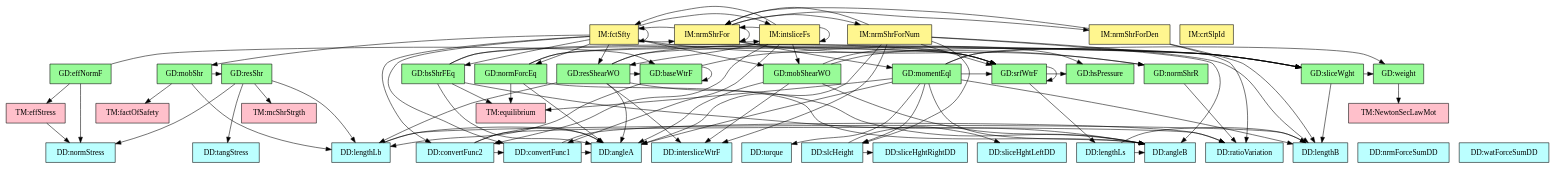
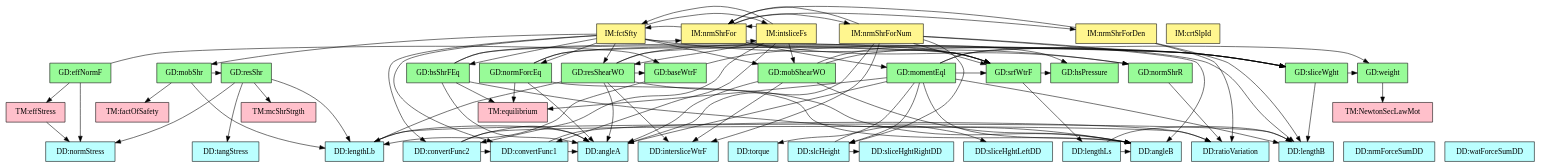
Before and after one commit to JacquesCarette/Drasil: the diagram in code/stable/ssp/TraceyGraph/refvsref.dot, drawn with Graphviz. The commit also changed 29 other files, not shown here.

```diff
--- a/code/stable/ssp/TraceyGraph/refvsref.dot
+++ b/code/stable/ssp/TraceyGraph/refvsref.dot
@@ -1,158 +1,153 @@
 digraph "refvsref" {
     "dataDefn:l_b,i" -> "dataDefn:alpha_i";
     "dataDefn:l_b,i" -> "dataDefn:b_i";
     "dataDefn:l_s,i" -> "dataDefn:beta_i";
     "dataDefn:l_s,i" -> "dataDefn:b_i";
     "dataDefn:h_i" -> "dataDefn:h^R";
     "dataDefn:h_i" -> "dataDefn:h^L";
     "dataDefn:Phi" -> "dataDefn:alpha_i";
     "dataDefn:Phi" -> "dataDefn:f_i";
     "dataDefn:Psi" -> "dataDefn:alpha_i";
     "dataDefn:Psi" -> "dataDefn:f_i";
     "dataDefn:Psi" -> "dataDefn:Phi";
     "theory:effectiveStressTM" -> "dataDefn:sigma";
     "theory:normForcEq" -> "dataDefn:alpha_i";
     "theory:normForcEq" -> "dataDefn:beta_i";
     "theory:normForcEq" -> "theory:equilibriumCS";
     "theory:normForcEq" -> "theory:sliceWght";
     "theory:normForcEq" -> "theory:srfWtrF";
     "theory:bsShrFEq" -> "dataDefn:alpha_i";
     "theory:bsShrFEq" -> "dataDefn:beta_i";
     "theory:bsShrFEq" -> "theory:equilibriumCS";
     "theory:bsShrFEq" -> "theory:sliceWght";
     "theory:bsShrFEq" -> "theory:srfWtrF";
     "theory:resShr" -> "dataDefn:l_b,i";
     "theory:resShr" -> "dataDefn:sigma";
     "theory:resShr" -> "dataDefn:tau";
     "theory:resShr" -> "theory:mcShrSrgth";
     "theory:mobShr" -> "dataDefn:l_b,i";
     "theory:mobShr" -> "theory:factOfSafetyTM";
     "theory:mobShr" -> "theory:resShr";
     "theory:effNormF" -> "dataDefn:sigma";
     "theory:effNormF" -> "theory:effectiveStressTM";
     "theory:effNormF" -> "theory:baseWtrF";
     "theory:resShearWO" -> "dataDefn:H_i";
     "theory:resShearWO" -> "dataDefn:alpha_i";
     "theory:resShearWO" -> "dataDefn:beta_i";
     "theory:resShearWO" -> "dataDefn:l_b,i";
     "theory:resShearWO" -> "theory:sliceWght";
     "theory:resShearWO" -> "theory:baseWtrF";
     "theory:resShearWO" -> "theory:srfWtrF";
     "theory:mobShearWO" -> "dataDefn:H_i";
     "theory:mobShearWO" -> "dataDefn:alpha_i";
     "theory:mobShearWO" -> "dataDefn:beta_i";
     "theory:mobShearWO" -> "theory:sliceWght";
     "theory:mobShearWO" -> "theory:srfWtrF";
     "theory:X_i" -> "dataDefn:f_i";
     "theory:momentEql" -> "dataDefn:alpha_i";
     "theory:momentEql" -> "dataDefn:beta_i";
     "theory:momentEql" -> "dataDefn:b_i";
     "theory:momentEql" -> "dataDefn:h_i";
     "theory:momentEql" -> "dataDefn:torque";
     "theory:momentEql" -> "theory:equilibriumCS";
     "theory:momentEql" -> "theory:weight";
     "theory:momentEql" -> "theory:sliceWght";
     "theory:momentEql" -> "theory:srfWtrF";
     "theory:weight" -> "theory:newtonSL";
     "theory:sliceWght" -> "dataDefn:b_i";
     "theory:sliceWght" -> "theory:weight";
     "theory:baseWtrF" -> "dataDefn:l_b,i";
     "theory:baseWtrF" -> "theory:pressure";
-    "theory:baseWtrF" -> "theory:baseWtrF";
     "theory:srfWtrF" -> "dataDefn:l_s,i";
     "theory:srfWtrF" -> "theory:pressure";
-    "theory:srfWtrF" -> "theory:srfWtrF";
     "theory:FS" -> "dataDefn:Phi";
     "theory:FS" -> "dataDefn:Psi";
     "theory:FS" -> "theory:normForcEq";
     "theory:FS" -> "theory:bsShrFEq";
     "theory:FS" -> "theory:mobShr";
     "theory:FS" -> "theory:resShearWO";
     "theory:FS" -> "theory:mobShearWO";
     "theory:FS" -> "theory:X_i";
-    "theory:FS" -> "theory:FS";
     "theory:FS" -> "theory:nrmShrForIM";
     "theory:FS" -> "theory:intsliceFsRC";
     "theory:nrmShrForIM" -> "theory:X_i";
     "theory:nrmShrForIM" -> "theory:momentEql";
     "theory:nrmShrForIM" -> "theory:FS";
-    "theory:nrmShrForIM" -> "theory:nrmShrForIM";
     "theory:nrmShrForIM" -> "theory:nrmShrForNumRC";
     "theory:nrmShrForIM" -> "theory:nrmShrForDenRC";
     "theory:nrmShrForIM" -> "theory:intsliceFsRC";
     "theory:nrmShrForNumRC" -> "dataDefn:H_i";
     "theory:nrmShrForNumRC" -> "dataDefn:alpha_i";
     "theory:nrmShrForNumRC" -> "dataDefn:beta_i";
     "theory:nrmShrForNumRC" -> "dataDefn:b_i";
     "theory:nrmShrForNumRC" -> "dataDefn:h_i";
     "theory:nrmShrForNumRC" -> "theory:srfWtrF";
     "theory:nrmShrForNumRC" -> "theory:nrmShrForIM";
     "theory:nrmShrForDenRC" -> "dataDefn:b_i";
     "theory:nrmShrForDenRC" -> "dataDefn:f_i";
     "theory:nrmShrForDenRC" -> "theory:nrmShrForIM";
     "theory:intsliceFsRC" -> "dataDefn:Phi";
     "theory:intsliceFsRC" -> "dataDefn:Psi";
     "theory:intsliceFsRC" -> "theory:resShearWO";
     "theory:intsliceFsRC" -> "theory:mobShearWO";
     "theory:intsliceFsRC" -> "theory:FS";
     "theory:intsliceFsRC" -> "theory:nrmShrForIM";
-    "theory:intsliceFsRC" -> "theory:intsliceFsRC";
     "dataDefn:H_i" [shape=box, color=black, style=filled, fillcolor="paleturquoise1", label="DD:intersliceWtrF"];
     "dataDefn:alpha_i" [shape=box, color=black, style=filled, fillcolor="paleturquoise1", label="DD:angleA"];
     "dataDefn:beta_i" [shape=box, color=black, style=filled, fillcolor="paleturquoise1", label="DD:angleB"];
     "dataDefn:b_i" [shape=box, color=black, style=filled, fillcolor="paleturquoise1", label="DD:lengthB"];
     "dataDefn:l_b,i" [shape=box, color=black, style=filled, fillcolor="paleturquoise1", label="DD:lengthLb"];
     "dataDefn:l_s,i" [shape=box, color=black, style=filled, fillcolor="paleturquoise1", label="DD:lengthLs"];
     "dataDefn:h_i" [shape=box, color=black, style=filled, fillcolor="paleturquoise1", label="DD:slcHeight"];
     "dataDefn:sigma" [shape=box, color=black, style=filled, fillcolor="paleturquoise1", label="DD:normStress"];
     "dataDefn:tau" [shape=box, color=black, style=filled, fillcolor="paleturquoise1", label="DD:tangStress"];
     "dataDefn:torque" [shape=box, color=black, style=filled, fillcolor="paleturquoise1", label="DD:torque"];
     "dataDefn:f_i" [shape=box, color=black, style=filled, fillcolor="paleturquoise1", label="DD:ratioVariation"];
     "dataDefn:Phi" [shape=box, color=black, style=filled, fillcolor="paleturquoise1", label="DD:convertFunc1"];
     "dataDefn:Psi" [shape=box, color=black, style=filled, fillcolor="paleturquoise1", label="DD:convertFunc2"];
     "dataDefn:F_x^G" [shape=box, color=black, style=filled, fillcolor="paleturquoise1", label="DD:nrmForceSumDD"];
     "dataDefn:F_x^H" [shape=box, color=black, style=filled, fillcolor="paleturquoise1", label="DD:watForceSumDD"];
     "dataDefn:h^R" [shape=box, color=black, style=filled, fillcolor="paleturquoise1", label="DD:sliceHghtRightDD"];
     "dataDefn:h^L" [shape=box, color=black, style=filled, fillcolor="paleturquoise1", label="DD:sliceHghtLeftDD"];
     subgraph "DD" {
         rank="same";
         "dataDefn:H_i" "dataDefn:alpha_i" "dataDefn:beta_i" "dataDefn:b_i" "dataDefn:l_b,i" "dataDefn:l_s,i" "dataDefn:h_i" "dataDefn:sigma" "dataDefn:tau" "dataDefn:torque" "dataDefn:f_i" "dataDefn:Phi" "dataDefn:Psi" "dataDefn:F_x^G" "dataDefn:F_x^H" "dataDefn:h^R" "dataDefn:h^L";
     }
     "theory:factOfSafetyTM" [shape=box, color=black, style=filled, fillcolor="pink", label="TM:factOfSafety"];
     "theory:equilibriumCS" [shape=box, color=black, style=filled, fillcolor="pink", label="TM:equilibrium"];
     "theory:mcShrSrgth" [shape=box, color=black, style=filled, fillcolor="pink", label="TM:mcShrStrgth"];
     "theory:effectiveStressTM" [shape=box, color=black, style=filled, fillcolor="pink", label="TM:effStress"];
     "theory:newtonSL" [shape=box, color=black, style=filled, fillcolor="pink", label="TM:NewtonSecLawMot"];
     subgraph "TM" {
         rank="same";
         "theory:factOfSafetyTM" "theory:equilibriumCS" "theory:mcShrSrgth" "theory:effectiveStressTM" "theory:newtonSL";
     }
     "theory:normForcEq" [shape=box, color=black, style=filled, fillcolor="palegreen", label="GD:normForcEq"];
     "theory:bsShrFEq" [shape=box, color=black, style=filled, fillcolor="palegreen", label="GD:bsShrFEq"];
     "theory:resShr" [shape=box, color=black, style=filled, fillcolor="palegreen", label="GD:resShr"];
     "theory:mobShr" [shape=box, color=black, style=filled, fillcolor="palegreen", label="GD:mobShr"];
     "theory:effNormF" [shape=box, color=black, style=filled, fillcolor="palegreen", label="GD:effNormF"];
     "theory:resShearWO" [shape=box, color=black, style=filled, fillcolor="palegreen", label="GD:resShearWO"];
     "theory:mobShearWO" [shape=box, color=black, style=filled, fillcolor="palegreen", label="GD:mobShearWO"];
     "theory:X_i" [shape=box, color=black, style=filled, fillcolor="palegreen", label="GD:normShrR"];
     "theory:momentEql" [shape=box, color=black, style=filled, fillcolor="palegreen", label="GD:momentEql"];
     "theory:weight" [shape=box, color=black, style=filled, fillcolor="palegreen", label="GD:weight"];
     "theory:sliceWght" [shape=box, color=black, style=filled, fillcolor="palegreen", label="GD:sliceWght"];
     "theory:pressure" [shape=box, color=black, style=filled, fillcolor="palegreen", label="GD:hsPressure"];
     "theory:baseWtrF" [shape=box, color=black, style=filled, fillcolor="palegreen", label="GD:baseWtrF"];
     "theory:srfWtrF" [shape=box, color=black, style=filled, fillcolor="palegreen", label="GD:srfWtrF"];
     subgraph "GD" {
         rank="same";
         "theory:normForcEq" "theory:bsShrFEq" "theory:resShr" "theory:mobShr" "theory:effNormF" "theory:resShearWO" "theory:mobShearWO" "theory:X_i" "theory:momentEql" "theory:weight" "theory:sliceWght" "theory:pressure" "theory:baseWtrF" "theory:srfWtrF";
     }
     "theory:FS" [shape=box, color=black, style=filled, fillcolor="khaki1", label="IM:fctSfty"];
     "theory:nrmShrForIM" [shape=box, color=black, style=filled, fillcolor="khaki1", label="IM:nrmShrFor"];
     "theory:nrmShrForNumRC" [shape=box, color=black, style=filled, fillcolor="khaki1", label="IM:nrmShrForNum"];
     "theory:nrmShrForDenRC" [shape=box, color=black, style=filled, fillcolor="khaki1", label="IM:nrmShrForDen"];
     "theory:intsliceFsRC" [shape=box, color=black, style=filled, fillcolor="khaki1", label="IM:intsliceFs"];
     "theory:crtSlpIdIM" [shape=box, color=black, style=filled, fillcolor="khaki1", label="IM:crtSlpId"];
     subgraph "IM" {
         rank="same";
         "theory:FS" "theory:nrmShrForIM" "theory:nrmShrForNumRC" "theory:nrmShrForDenRC" "theory:intsliceFsRC" "theory:crtSlpIdIM";
     }
 }
```
